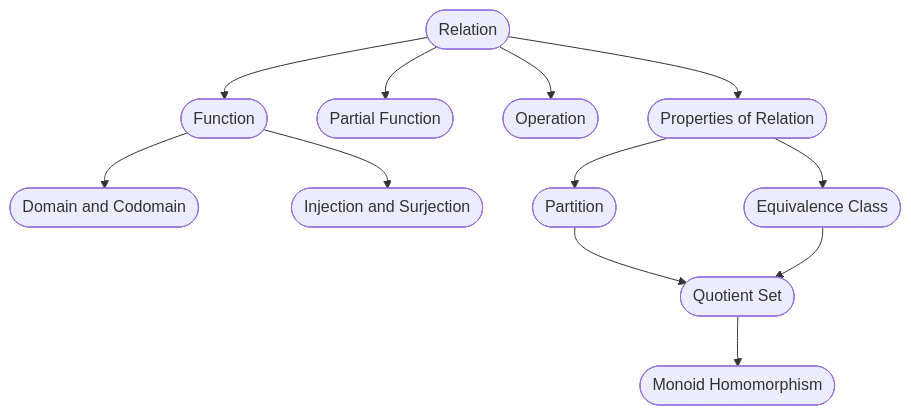
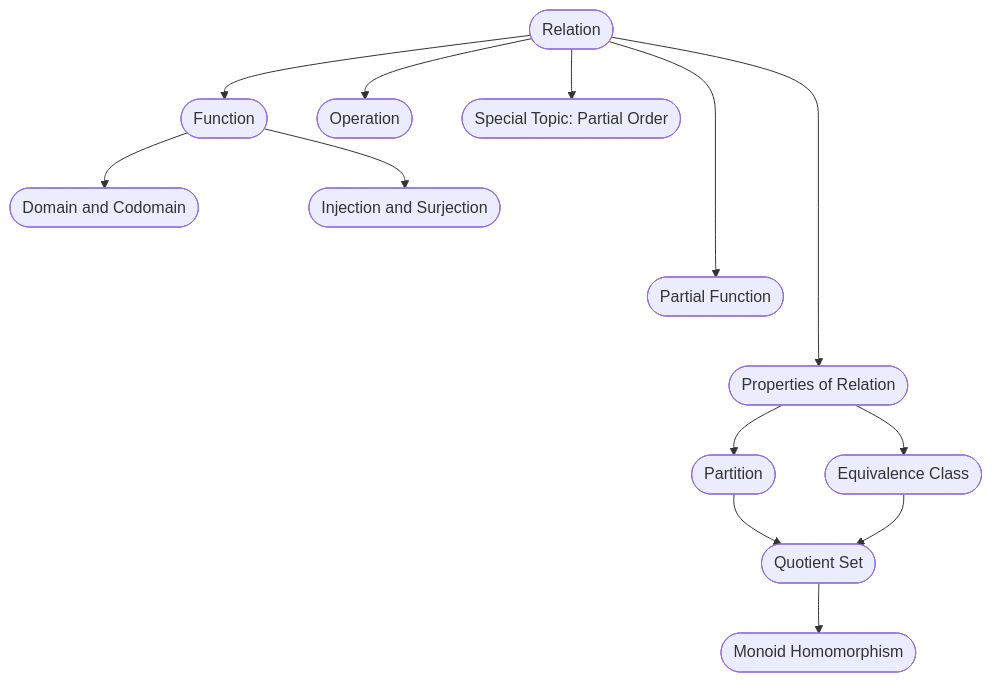
The third of 6 diagrams in rc_note/rc0/rc0.md (TangJingfan/ve203-notes), drawn with Mermaid before and after one commit. The commit also changed other lines of this file, not shown here.

````diff
--- a/rc_note/rc0/rc0.md
+++ b/rc_note/rc0/rc0.md
@@ -77,25 +77,27 @@
 ```mermaid
     graph
     A(["Relation"])
     B(["Function"])
     C(["Domain and Codomain"])
     D(["Partial Function"])
     E(["Operation"])
     F(["Injection and Surjection"])
     G(["Properties of Relation"])
     H(["Equivalence Class"])
     I(["Partition"])
     J(["Quotient Set"])
     K(["Monoid Homomorphism"])
+    L(["Special Topic: Partial Order"])
     A --> B
     B --> C
-    A --> D
+    A ----> D
     A --> E
     B --> F
-    A --> G
+    A -----> G
     G --> H
     G --> I
     I --> J
     H --> J
     J --> K
+    A --> L
 ```
````
